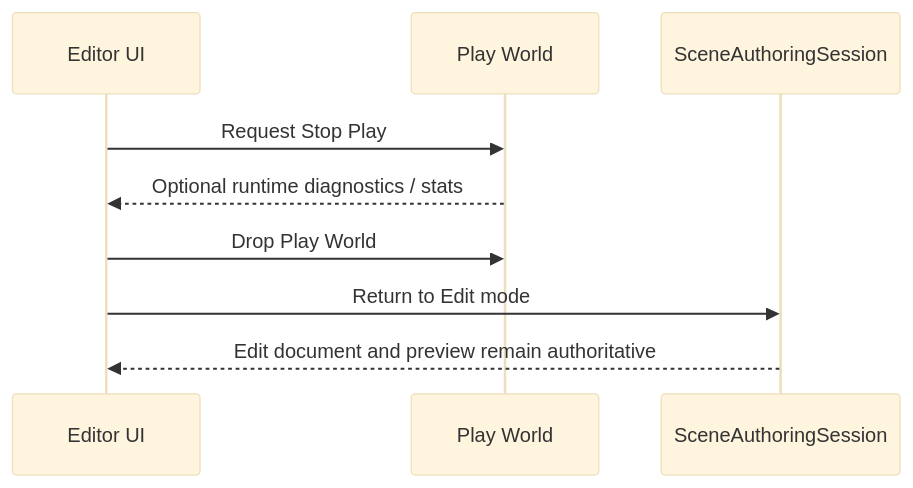
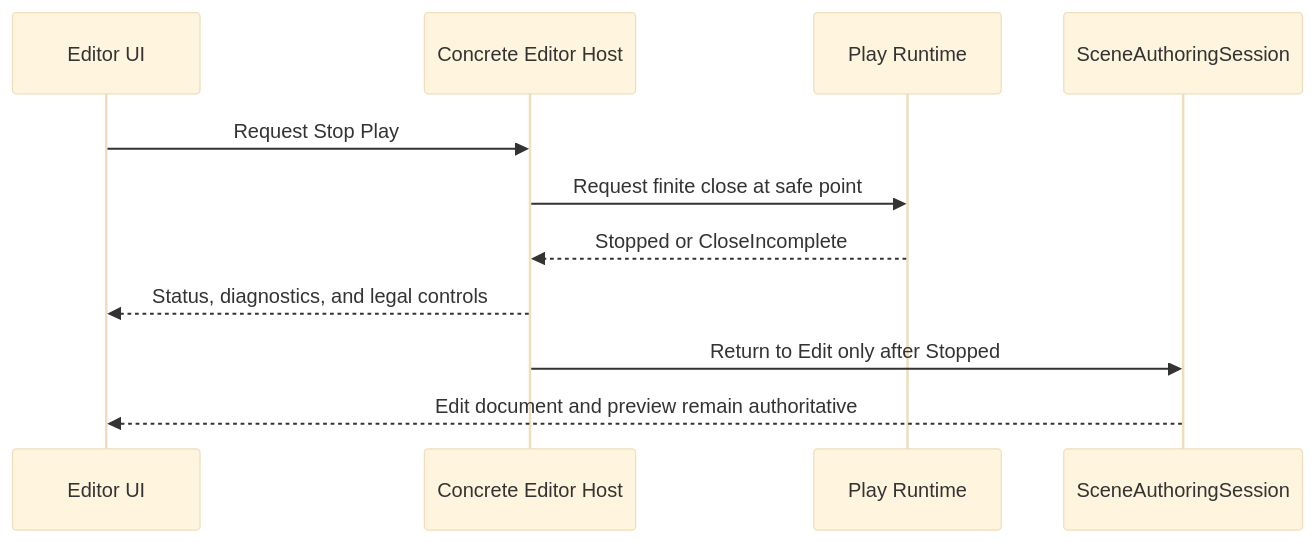
Before and after one commit to Latias94/nara: the third of 4 diagrams in docs/architecture/adr/0034-editor-play-mode-world-boundary.md, drawn with Mermaid (base theme). The commit also changed other lines of this file and 15 other files, not shown here.

First line of the commit message:
docs(architecture): tighten runtime and authoring interfaces

````diff
--- a/docs/architecture/adr/0034-editor-play-mode-world-boundary.md
+++ b/docs/architecture/adr/0034-editor-play-mode-world-boundary.md
@@ -135,12 +167,14 @@
 ```mermaid
 sequenceDiagram
     participant UI as Editor UI
-    participant Play as Play World
+    participant Host as Concrete Editor Host
+    participant Play as Play Runtime
     participant Session as SceneAuthoringSession
 
-    UI->>Play: Request Stop Play
-    Play-->>UI: Optional runtime diagnostics / stats
-    UI->>Play: Drop Play World
-    UI->>Session: Return to Edit mode
+    UI->>Host: Request Stop Play
+    Host->>Play: Request finite close at safe point
+    Play-->>Host: Stopped or CloseIncomplete
+    Host-->>UI: Status, diagnostics, and legal controls
+    Host->>Session: Return to Edit only after Stopped
     Session-->>UI: Edit document and preview remain authoritative
 ```
````
